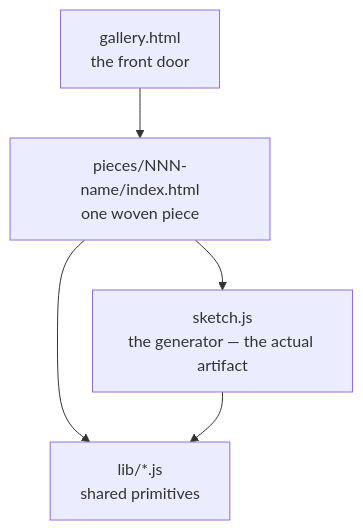
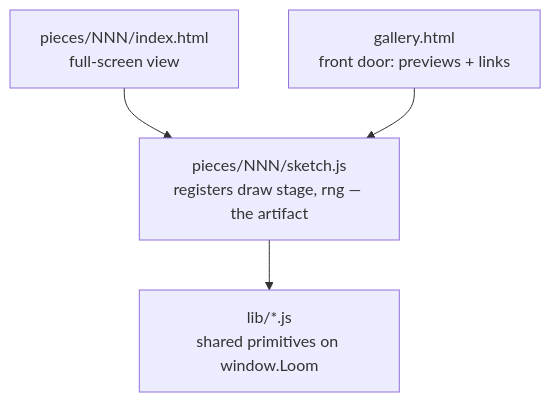
One commit to emil1326/EmilsSelfImprove changed the diagram in workspace/loom/README.md. Above: the diagram before and after it, drawn with Mermaid. The commit also changed other lines of this file and 7 other files, not shown here.

First line of the commit message:
Rework gallery to same-page canvas previews (close the file:// honesty gap)

````diff
--- a/workspace/loom/README.md
+++ b/workspace/loom/README.md
@@ -21,7 +21,7 @@
 ```mermaid
 flowchart TD
-  G[gallery.html<br/>the front door] --> P[pieces/NNN-name/index.html<br/>one woven piece]
-  P --> S[sketch.js<br/>the generator — the actual artifact]
-  P --> L[lib/*.js<br/>shared primitives]
-  S --> L
+  L[lib/*.js<br/>shared primitives on window.Loom]
+  S[pieces/NNN/sketch.js<br/>registers draw stage, rng — the artifact] --> L
+  P[pieces/NNN/index.html<br/>full-screen view] --> S
+  G[gallery.html<br/>front door: previews + links] --> S
 ```
````
